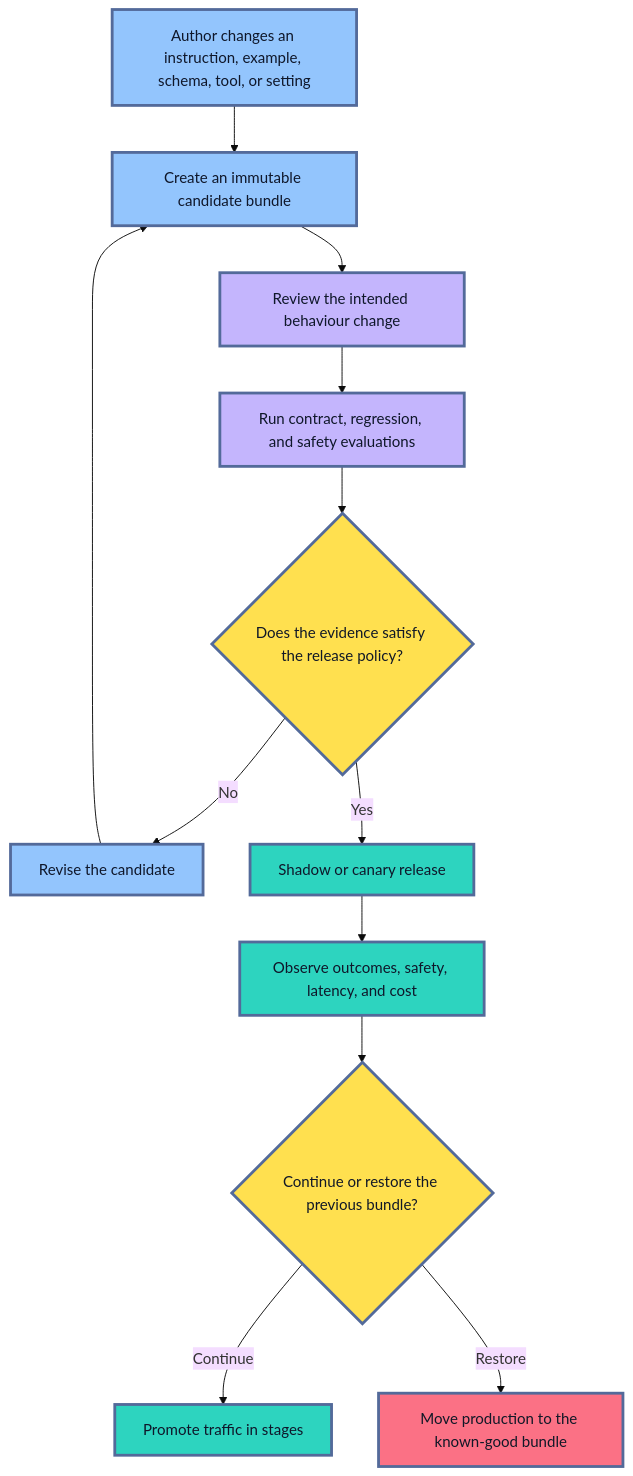
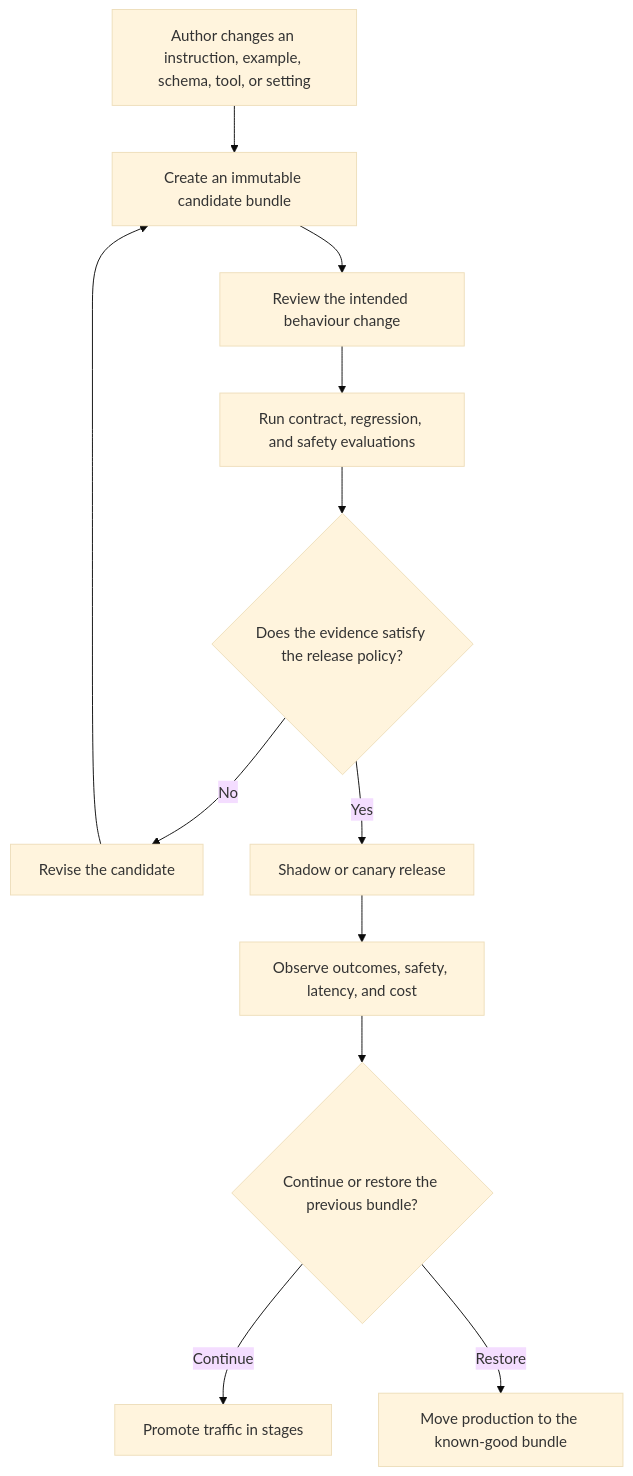
Before and after one commit to senlinyy/dev-roadmaps: the first of 6 diagrams in roadmaps/mlops/modules/llmops/llm-app-foundations/04-prompt-versioning-and-release.md, drawn with Mermaid (base theme). The commit also changed other lines of this file and 152 other files, not shown here.

Commit message:
feat: mlops and diagrams updated

````diff
--- a/roadmaps/mlops/modules/llmops/llm-app-foundations/04-prompt-versioning-and-release.md
+++ b/roadmaps/mlops/modules/llmops/llm-app-foundations/04-prompt-versioning-and-release.md
@@ -54,25 +54,20 @@
 ```mermaid
 flowchart TD
     A["Author changes an instruction, example, schema, tool, or setting"] --> B["Create an immutable candidate bundle"]
     B --> C["Review the intended behaviour change"]
     C --> D["Run contract, regression, and safety evaluations"]
     D --> E{"Does the evidence satisfy the release policy?"}
     E -->|"No"| F["Revise the candidate"]
     F --> B
     E -->|"Yes"| G["Shadow or canary release"]
     G --> H["Observe outcomes, safety, latency, and cost"]
     H --> I{"Continue or restore the previous bundle?"}
     I -->|"Continue"| J["Promote traffic in stages"]
     I -->|"Restore"| K["Move production to the known-good bundle"]
 
-    classDef author fill:#93C5FD,stroke:#536A9A,stroke-width:3px,color:#0F172A
-    classDef evidence fill:#C4B5FD,stroke:#536A9A,stroke-width:3px,color:#0F172A
-    classDef release fill:#2DD4BF,stroke:#536A9A,stroke-width:3px,color:#0F172A
-    classDef decision fill:#FFE04F,stroke:#536A9A,stroke-width:3px,color:#111827
-    classDef restore fill:#FB7185,stroke:#536A9A,stroke-width:3px,color:#111827
     class A,B,F author
     class C,D evidence
     class G,H,J release
     class E,I decision
     class K restore
 ```
````
